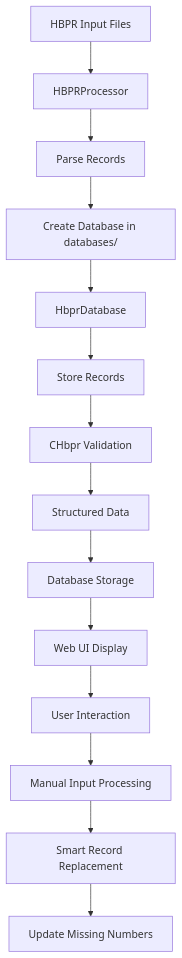
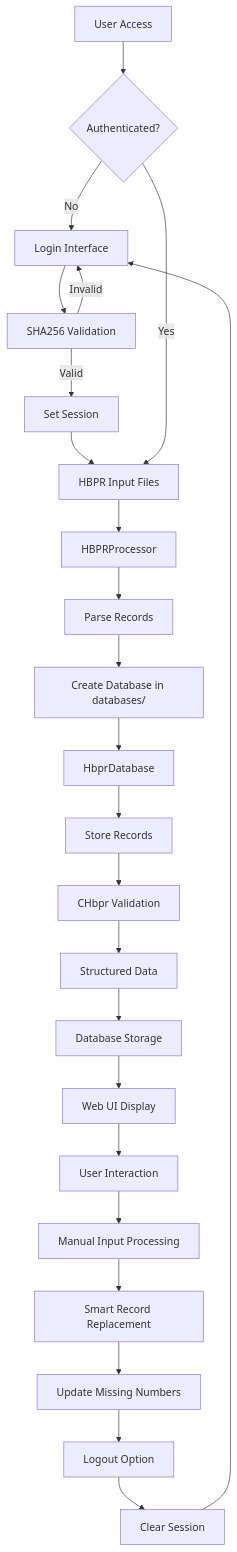
One commit to gostnort/FlightCheckPy changed the second of 2 diagrams in resources/requirement_details.md. Above: the diagram before and after it, drawn with Mermaid. The commit also changed other lines of this file and 3 other files, not shown here.

Commit message:
Implement secure user authentication system: add SHA256 hashed login functionality, session management, and access control in the UI. Enhance HBPR processing with new properties and flight information fields, and update README and requirement details to reflect security features and UI improvements.

````diff
--- a/resources/requirement_details.md
+++ b/resources/requirement_details.md
@@ -127,16 +163,26 @@
 ```mermaid
 graph TD
-    A[HBPR Input Files] --> B[HBPRProcessor]
-    B --> C[Parse Records]
-    C --> D[Create Database in databases/]
-    D --> E[HbprDatabase]
-    E --> F[Store Records]
-    F --> G[CHbpr Validation]
-    G --> H[Structured Data]
-    H --> I[Database Storage]
-    I --> J[Web UI Display]
-    J --> K[User Interaction]
-    K --> L[Manual Input Processing]
-    L --> M[Smart Record Replacement]
-    M --> N[Update Missing Numbers]
+    A[User Access] --> B{Authenticated?}
+    B -->|No| C[Login Interface]
+    C --> D[SHA256 Validation]
+    D -->|Valid| E[Set Session]
+    D -->|Invalid| C
+    E --> F[HBPR Input Files]
+    B -->|Yes| F
+    F --> G[HBPRProcessor]
+    G --> H[Parse Records]
+    H --> I[Create Database in databases/]
+    I --> J[HbprDatabase]
+    J --> K[Store Records]
+    K --> L[CHbpr Validation]
+    L --> M[Structured Data]
+    M --> N[Database Storage]
+    N --> O[Web UI Display]
+    O --> P[User Interaction]
+    P --> Q[Manual Input Processing]
+    Q --> R[Smart Record Replacement]
+    R --> S[Update Missing Numbers]
+    S --> T[Logout Option]
+    T --> U[Clear Session]
+    U --> C
 ```
````
